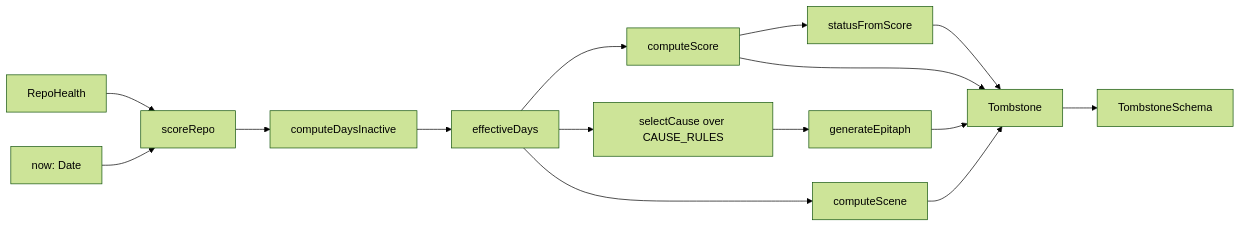
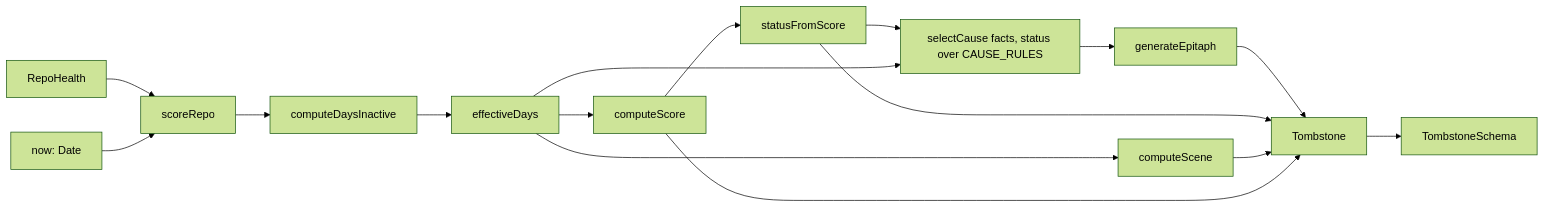
One commit to tahir3693/Repo-Graveyard changed the first of 2 diagrams in .kiro/specs/death-scoring/design.md. Above: the diagram before and after it, drawn with Mermaid (forest theme). The commit also changed other lines of this file and 39 other files, not shown here.

````diff
--- a/.kiro/specs/death-scoring/design.md
+++ b/.kiro/specs/death-scoring/design.md
@@ -41,17 +41,18 @@
 ```mermaid
 flowchart LR
     Repo[RepoHealth] --> Score[scoreRepo]
     Now[now: Date] --> Score
     Score --> Days[computeDaysInactive]
     Days --> Eff[effectiveDays]
     Eff --> Pts[computeScore]
-    Eff --> Cause[selectCause over CAUSE_RULES]
     Eff --> Scene[computeScene]
     Pts --> Status[statusFromScore]
+    Status --> Cause[selectCause facts, status over CAUSE_RULES]
+    Eff --> Cause
     Cause --> Epi[generateEpitaph]
     Epi --> Tomb[Tombstone]
     Status --> Tomb
     Scene --> Tomb
     Pts --> Tomb
     Tomb --> Schema[TombstoneSchema]
 ```
````
